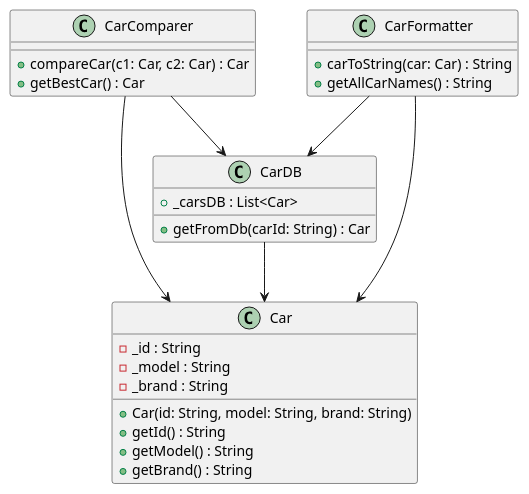
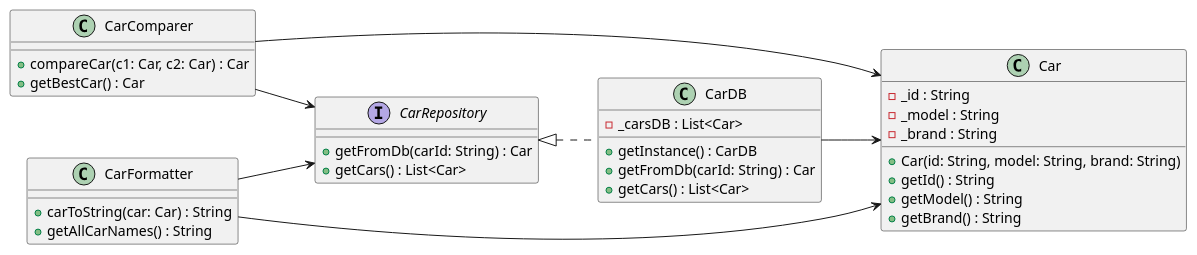
Before and after one commit to elliniyessine/tp1_architecture: the diagram in SRP/src/com/directi/training/srp/exercise/SRP.plantuml, drawn with PlantUML. The commit also changed 14 other files, not shown here.

```diff
--- a/SRP/src/com/directi/training/srp/exercise/SRP.plantuml
+++ b/SRP/src/com/directi/training/srp/exercise/SRP.plantuml
@@ -1,34 +1,43 @@
 @startuml
+left to right direction
+
+interface CarRepository {
+    + getFromDb(carId: String) : Car
+    + getCars() : List<Car>
+}
 
 class Car {
     - _id : String
     - _model : String
     - _brand : String
     + Car(id: String, model: String, brand: String)
     + getId() : String
     + getModel() : String
     + getBrand() : String
 }
 
 class CarDB {
-    + _carsDB : List<Car>
+    - _carsDB : List<Car>
+    + getInstance() : CarDB
     + getFromDb(carId: String) : Car
+    + getCars() : List<Car>
 }
 
 class CarComparer {
     + compareCar(c1: Car, c2: Car) : Car
     + getBestCar() : Car
 }
 
 class CarFormatter {
     + carToString(car: Car) : String
     + getAllCarNames() : String
 }
 
-CarDB -->  Car
-CarComparer -->  Car
-CarComparer -->  CarDB
+CarRepository <|.. CarDB
+CarDB --> Car
+CarComparer --> Car
+CarComparer --> CarRepository
 CarFormatter --> Car
-CarFormatter --> CarDB
+CarFormatter --> CarRepository
 
 @enduml
```
